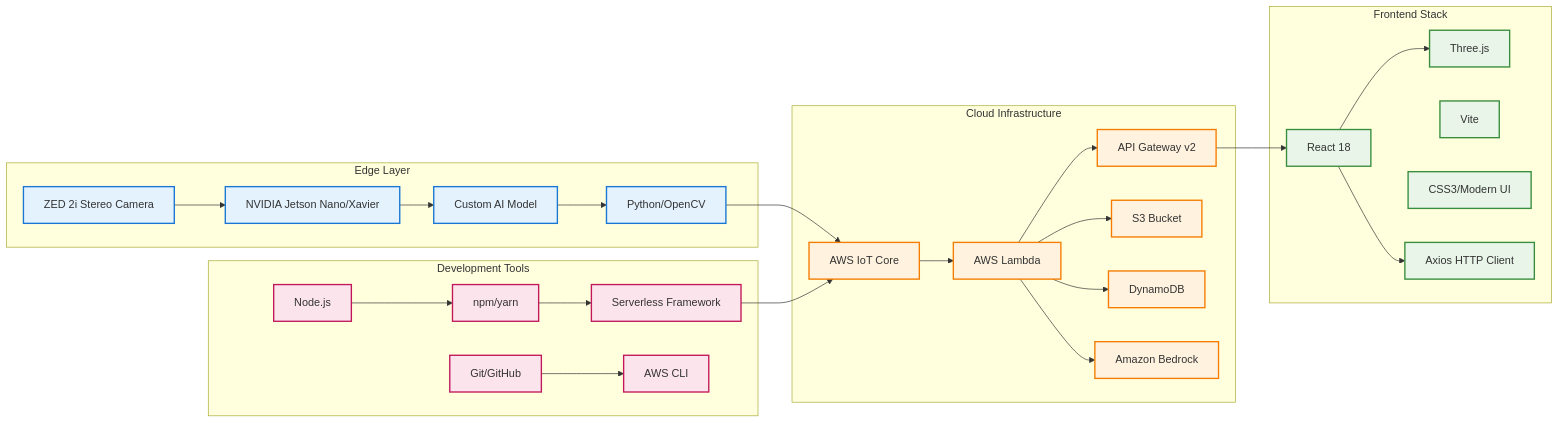
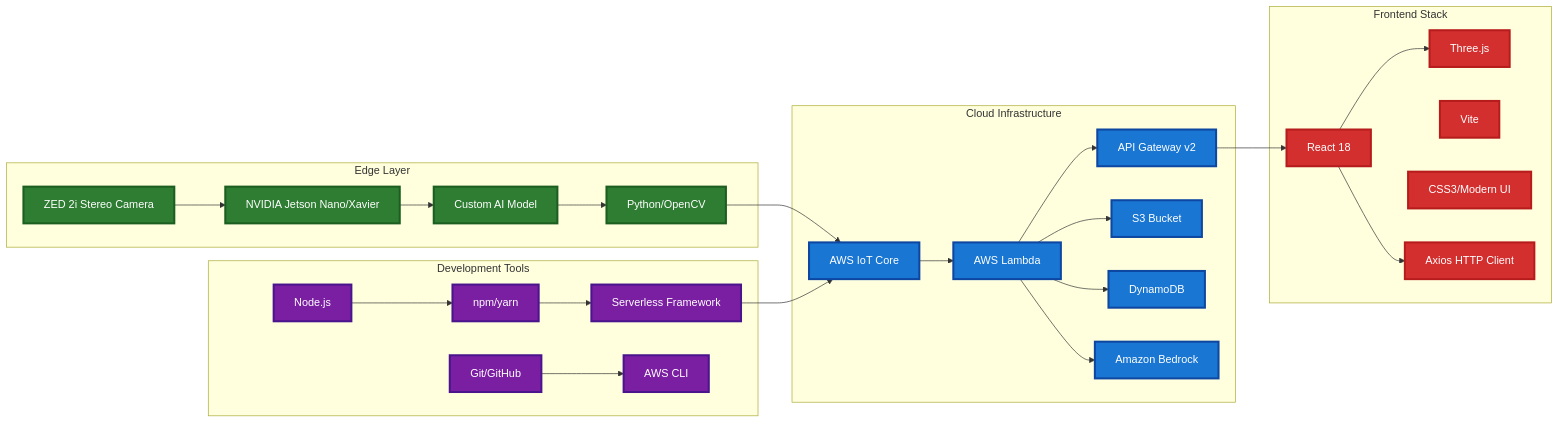
One commit to dbharuka-sudo/aura-bridge-ai changed the second of 2 diagrams in README.md. Above: the diagram before and after it, drawn with Mermaid. The commit also changed other lines of this file, not shown here.

First line of the commit message:
Update architecture diagram color scheme

````diff
--- a/README.md
+++ b/README.md
@@ -100,64 +100,64 @@
 ```mermaid
 graph LR
     subgraph "Edge Layer"
         A1[ZED 2i Stereo Camera]
         A2[NVIDIA Jetson Nano/Xavier]
         A3[Custom AI Model]
         A4[Python/OpenCV]
     end
     
     subgraph "Cloud Infrastructure"
         B1[AWS IoT Core]
         B2[AWS Lambda]
         B3[API Gateway v2]
         B4[S3 Bucket]
         B5[DynamoDB]
         B6[Amazon Bedrock]
     end
     
     subgraph "Frontend Stack"
         C1[React 18]
         C2[Three.js]
         C3[Vite]
         C4[CSS3/Modern UI]
         C5[Axios HTTP Client]
     end
     
     subgraph "Development Tools"
         D1[Node.js]
         D2[npm/yarn]
         D3[Serverless Framework]
         D4[Git/GitHub]
         D5[AWS CLI]
     end
     
     A1 --> A2
     A2 --> A3
     A3 --> A4
     A4 --> B1
     
     B1 --> B2
     B2 --> B3
     B2 --> B4
     B2 --> B5
     B2 --> B6
     
     B3 --> C1
     C1 --> C2
     C1 --> C5
     
     D1 --> D2
     D2 --> D3
     D3 --> B1
     D4 --> D5
     
-    classDef edge fill:#e3f2fd,stroke:#1976d2,stroke-width:2px
-    classDef cloud fill:#fff3e0,stroke:#f57c00,stroke-width:2px
-    classDef frontend fill:#e8f5e8,stroke:#388e3c,stroke-width:2px
-    classDef dev fill:#fce4ec,stroke:#c2185b,stroke-width:2px
+    classDef edge fill:#2e7d32,stroke:#1b5e20,stroke-width:3px,color:#ffffff
+    classDef cloud fill:#1976d2,stroke:#0d47a1,stroke-width:3px,color:#ffffff
+    classDef frontend fill:#d32f2f,stroke:#b71c1c,stroke-width:3px,color:#ffffff
+    classDef dev fill:#7b1fa2,stroke:#4a148c,stroke-width:3px,color:#ffffff
     
     class A1,A2,A3,A4 edge
     class B1,B2,B3,B4,B5,B6 cloud
     class C1,C2,C3,C4,C5 frontend
     class D1,D2,D3,D4,D5 dev
 ```
````
